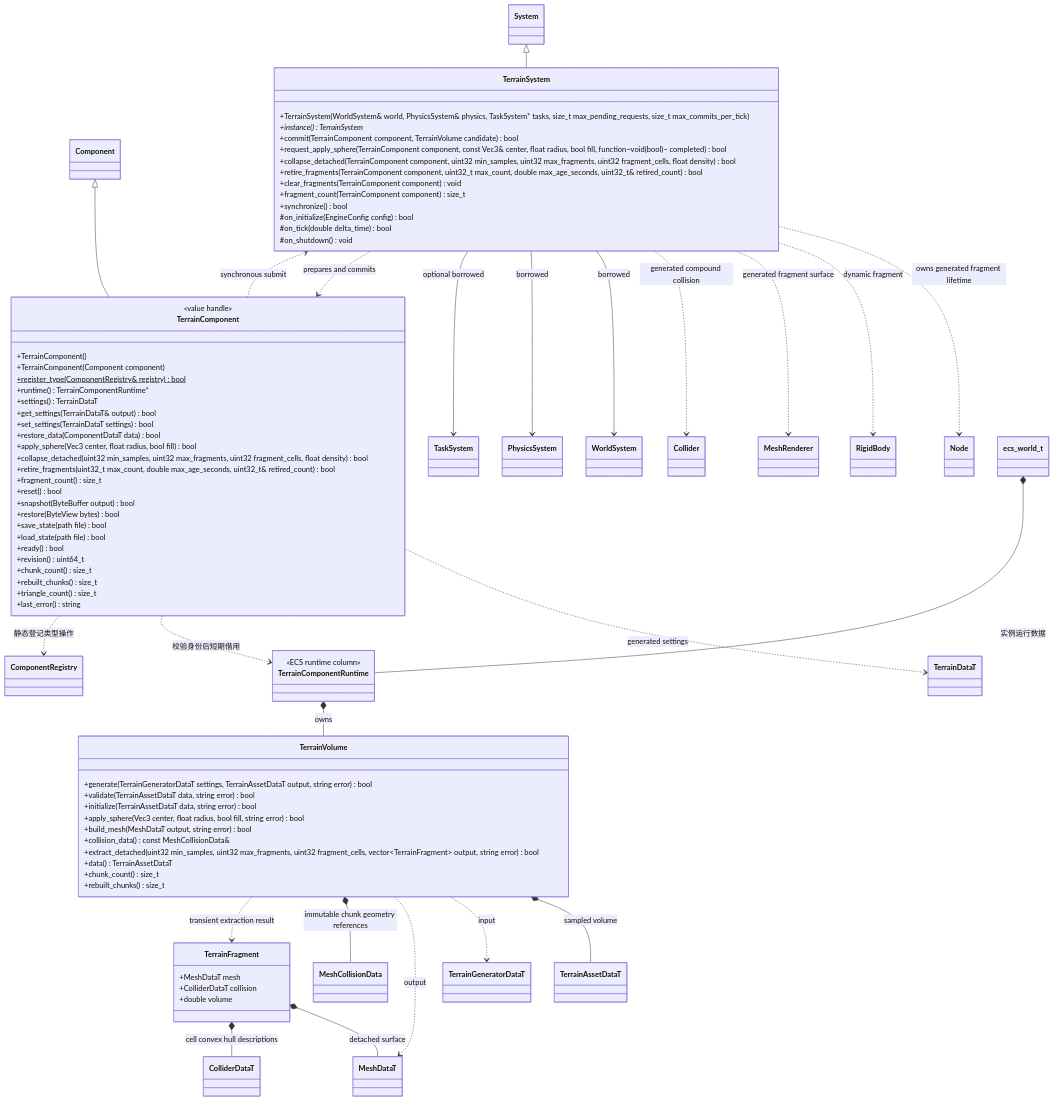
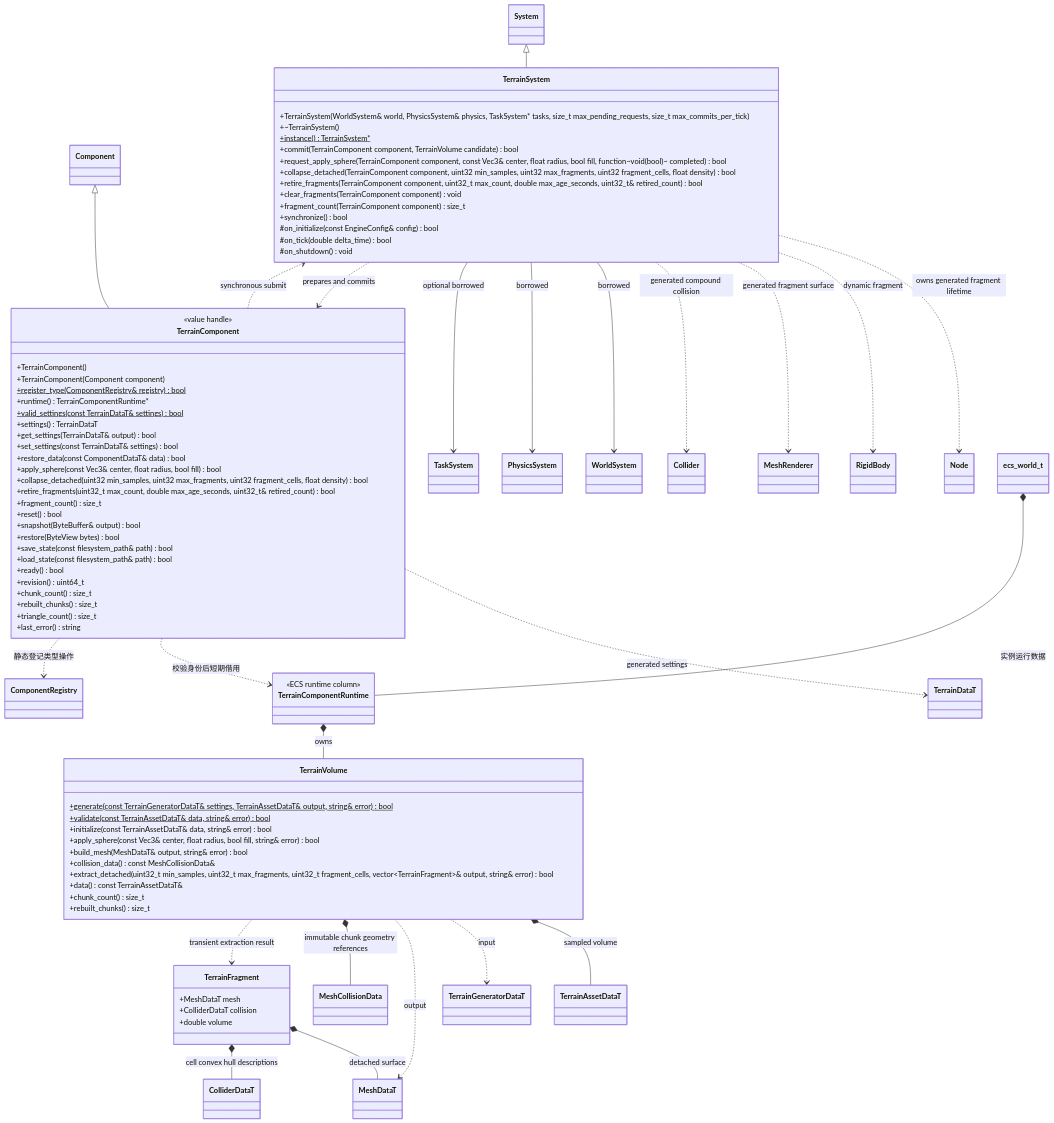
One commit to lcals/Engine changed the diagram in docs/plugins/runtime/class-diagrams/terrain.md. Above: the diagram before and after it, drawn with Mermaid. The commit also changed 222 other files, not shown here.

Commit message:
Consolidate editor asset imports and align architecture documentation

```diff
--- a/docs/plugins/runtime/class-diagrams/terrain.md
+++ b/docs/plugins/runtime/class-diagrams/terrain.md
@@ -21,14 +21,14 @@
 +double volume
 }
 class TerrainVolume {
-+generate(TerrainGeneratorDataT settings, TerrainAssetDataT output, string error) bool
-+validate(TerrainAssetDataT data, string error) bool
-+initialize(TerrainAssetDataT data, string error) bool
-+apply_sphere(Vec3 center, float radius, bool fill, string error) bool
-+build_mesh(MeshDataT output, string error) bool
++generate(const TerrainGeneratorDataT& settings, TerrainAssetDataT& output, string& error) bool$
++validate(const TerrainAssetDataT& data, string& error) bool$
++initialize(const TerrainAssetDataT& data, string& error) bool
++apply_sphere(const Vec3& center, float radius, bool fill, string& error) bool
++build_mesh(MeshDataT& output, string& error) bool
 +collision_data() const MeshCollisionData&
-+extract_detached(uint32 min_samples, uint32 max_fragments, uint32 fragment_cells, vector~TerrainFragment~ output, string error) bool
-+data() TerrainAssetDataT
++extract_detached(uint32_t min_samples, uint32_t max_fragments, uint32_t fragment_cells, vector~TerrainFragment~& output, string& error) bool
++data() const TerrainAssetDataT&
 +chunk_count() size_t
 +rebuilt_chunks() size_t
 }
@@ -38,19 +38,20 @@
         +TerrainComponent(Component component)
         +register_type(ComponentRegistry& registry) bool$
         +runtime() TerrainComponentRuntime#42;
++valid_settings(const TerrainDataT& settings) bool$
 +settings() TerrainDataT
 +get_settings(TerrainDataT& output) bool
-+set_settings(TerrainDataT settings) bool
-+restore_data(ComponentDataT data) bool
-+apply_sphere(Vec3 center, float radius, bool fill) bool
++set_settings(const TerrainDataT& settings) bool
++restore_data(const ComponentDataT& data) bool
++apply_sphere(const Vec3& center, float radius, bool fill) bool
 +collapse_detached(uint32 min_samples, uint32 max_fragments, uint32 fragment_cells, float density) bool
 +retire_fragments(uint32_t max_count, double max_age_seconds, uint32_t& retired_count) bool
 +fragment_count() size_t
 +reset() bool
-+snapshot(ByteBuffer output) bool
++snapshot(ByteBuffer& output) bool
 +restore(ByteView bytes) bool
-+save_state(path file) bool
-+load_state(path file) bool
++save_state(const filesystem_path& path) bool
++load_state(const filesystem_path& path) bool
 +ready() bool
 +revision() uint64_t
 +chunk_count() size_t
@@ -60,7 +61,8 @@
 }
 class TerrainSystem {
 +TerrainSystem(WorldSystem& world, PhysicsSystem& physics, TaskSystem* tasks, size_t max_pending_requests, size_t max_commits_per_tick)
-+instance() TerrainSystem*
++~TerrainSystem()
++instance() TerrainSystem*$
 +commit(TerrainComponent component, TerrainVolume candidate) bool
 +request_apply_sphere(TerrainComponent component, const Vec3& center, float radius, bool fill, function~void(bool)~ completed) bool
 +collapse_detached(TerrainComponent component, uint32 min_samples, uint32 max_fragments, uint32 fragment_cells, float density) bool
@@ -68,7 +70,7 @@
 +clear_fragments(TerrainComponent component) void
 +fragment_count(TerrainComponent component) size_t
 +synchronize() bool
-#on_initialize(EngineConfig config) bool
+#on_initialize(const EngineConfig& config) bool
 #on_tick(double delta_time) bool
 #on_shutdown() void
 }
```
